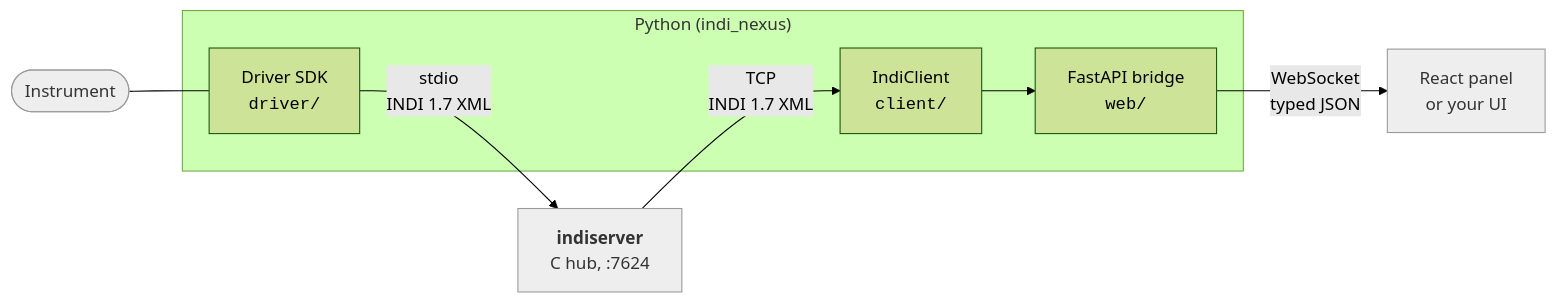
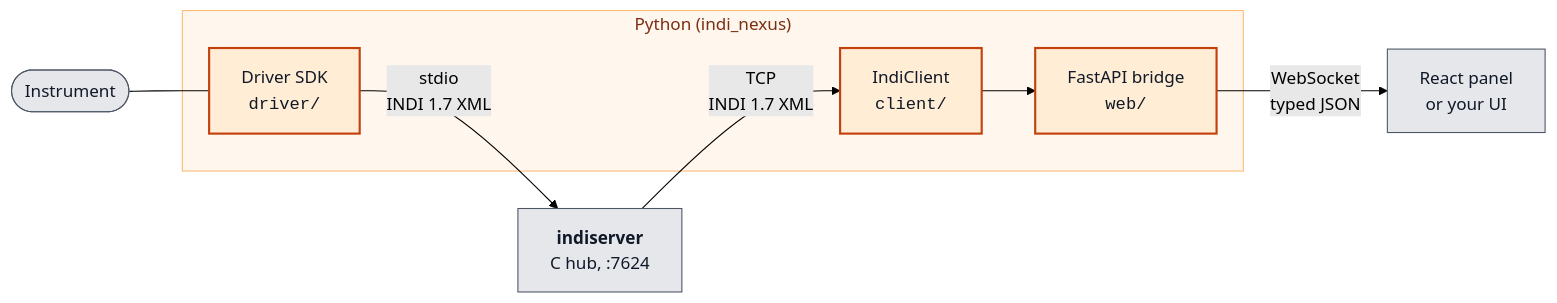
The diagram in README.md (sidereal-software/indi-nexus), drawn with Mermaid (forest theme) before and after one commit. The commit also changed 3 other files, not shown here.

First line of the commit message:
docs: improve mermaid diagram contrast on light backgrounds

````diff
--- a/README.md
+++ b/README.md
@@ -30,16 +30,19 @@
 ```mermaid
 flowchart LR
     subgraph py["Python (indi_nexus)"]
         drv["Driver SDK<br/><code>driver/</code>"]
         cli["IndiClient<br/><code>client/</code>"]
         web["FastAPI bridge<br/><code>web/</code>"]
     end
     hw(["Instrument"]) --- drv
     drv -- "stdio<br/>INDI 1.7 XML" --> hub["<b>indiserver</b><br/>C hub, :7624"]
     hub -- "TCP<br/>INDI 1.7 XML" --> cli
     cli --> web
     web -- "WebSocket<br/>typed JSON" --> ui["React panel<br/>or your UI"]
 
-    classDef ext fill:#eee,stroke:#999,color:#333
+    classDef ours fill:#ffedd5,stroke:#c2410c,stroke-width:2px,color:#111827
+    classDef ext fill:#e5e7eb,stroke:#4b5563,stroke-width:1px,color:#111827
+    class drv,cli,web ours
     class hub,hw,ui ext
+    style py fill:#fff7ed,stroke:#fdba74,color:#7c2d12
 ```
````
